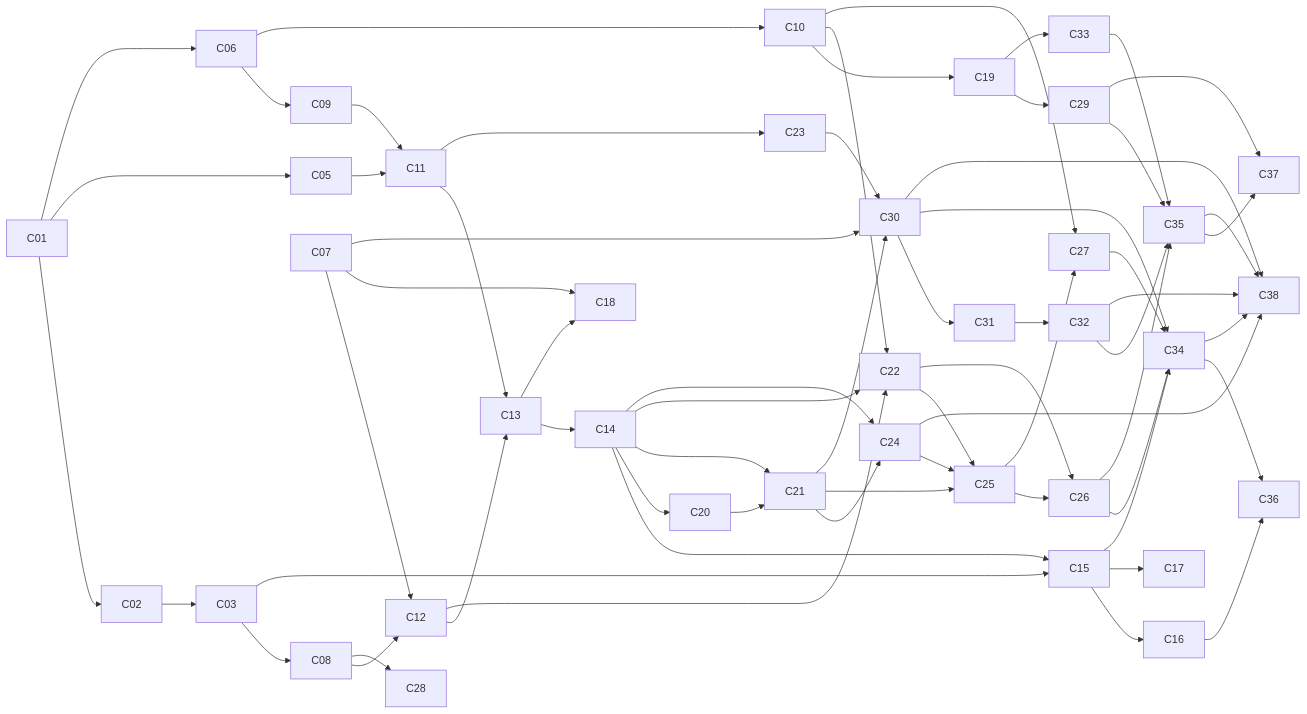
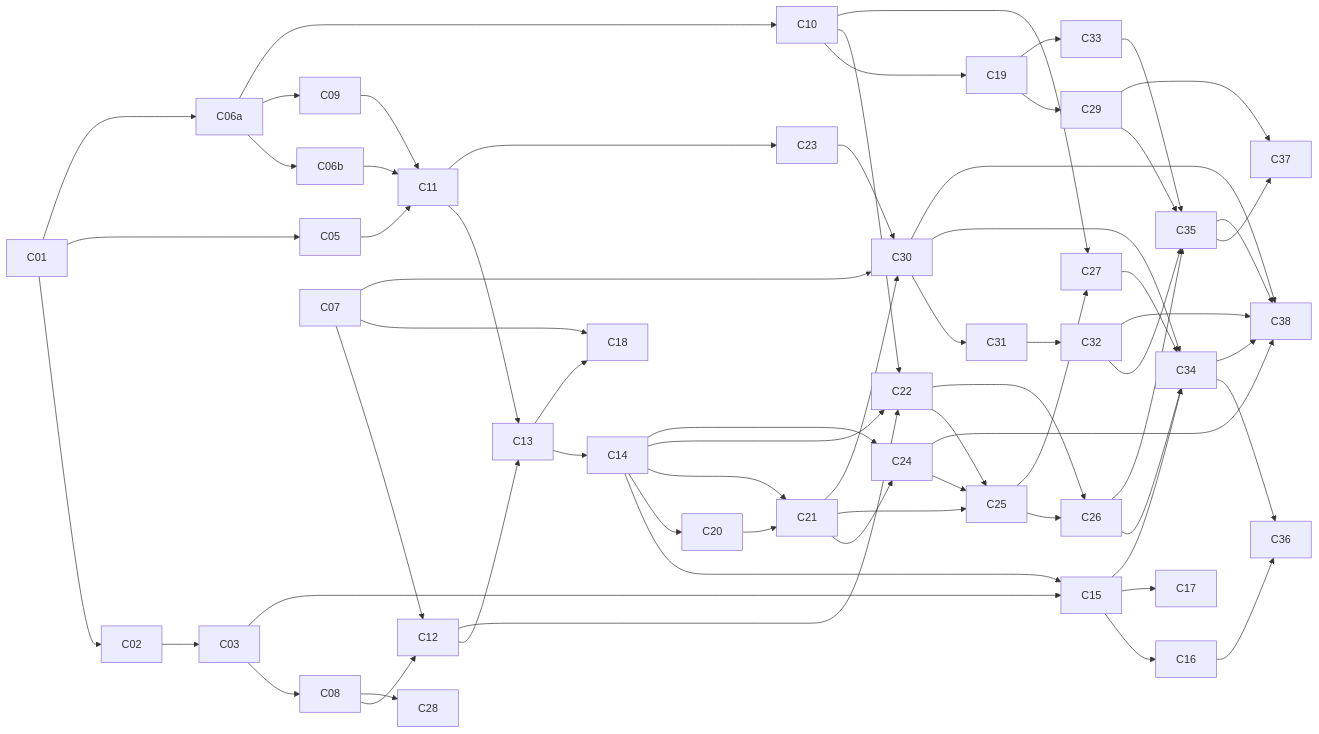
One commit to skydr4g0n-it/joiabagur-pv changed the diagram in Documentos/Proyecto Final AIEng/proyecto-final-plan-changes-openspec.md. Above: the diagram before and after it, drawn with Mermaid. The commit also changed other lines of this file and 1 other file, not shown here.

````diff
--- a/Documentos/Proyecto Final AIEng/proyecto-final-plan-changes-openspec.md
+++ b/Documentos/Proyecto Final AIEng/proyecto-final-plan-changes-openspec.md
@@ -593,34 +650,35 @@
 ```mermaid
 flowchart LR
-    C01 --> C02 & C05 & C06
+    C01 --> C02 & C05 & C06a
     C02 --> C03
     C03 --> C08 & C15
     C05 --> C11
-    C06 --> C09 & C10
+    C06a --> C06b & C09 & C10
+    C06b --> C11
     C07 --> C12 & C18 & C30
     C08 --> C12 & C28
     C09 --> C11
     C10 --> C19 & C22 & C27
     C11 --> C13 & C23
     C12 --> C13 & C22
     C13 --> C14 & C18
     C14 --> C15 & C20 & C21 & C22 & C24
     C15 --> C16 & C17 & C34
     C16 --> C36
     C19 --> C29 & C33
     C20 --> C21
     C21 --> C24 & C25 & C30
     C22 --> C25 & C26
     C23 --> C30
     C24 --> C25 & C38
     C25 --> C26 & C27
     C26 --> C34 & C35
     C27 --> C34
     C29 --> C35 & C37
     C30 --> C31 & C34 & C38
     C31 --> C32
     C32 --> C35 & C38
     C33 --> C35
     C34 --> C36 & C38
     C35 --> C37 & C38
 ```
````
